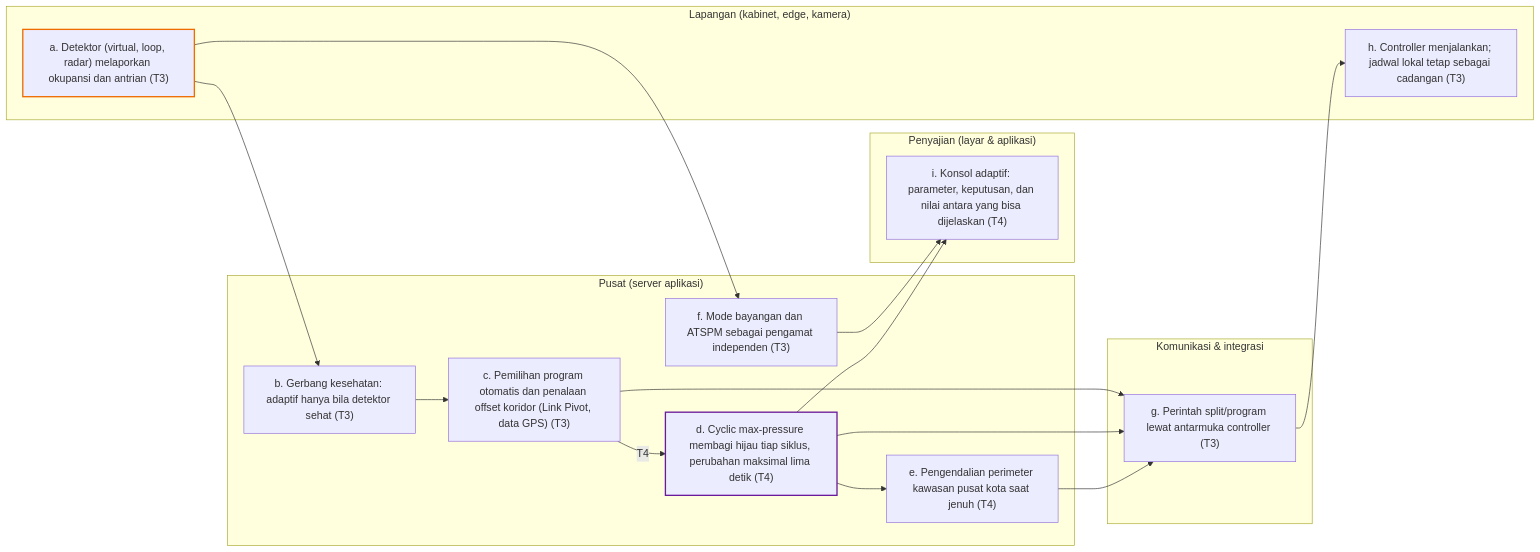
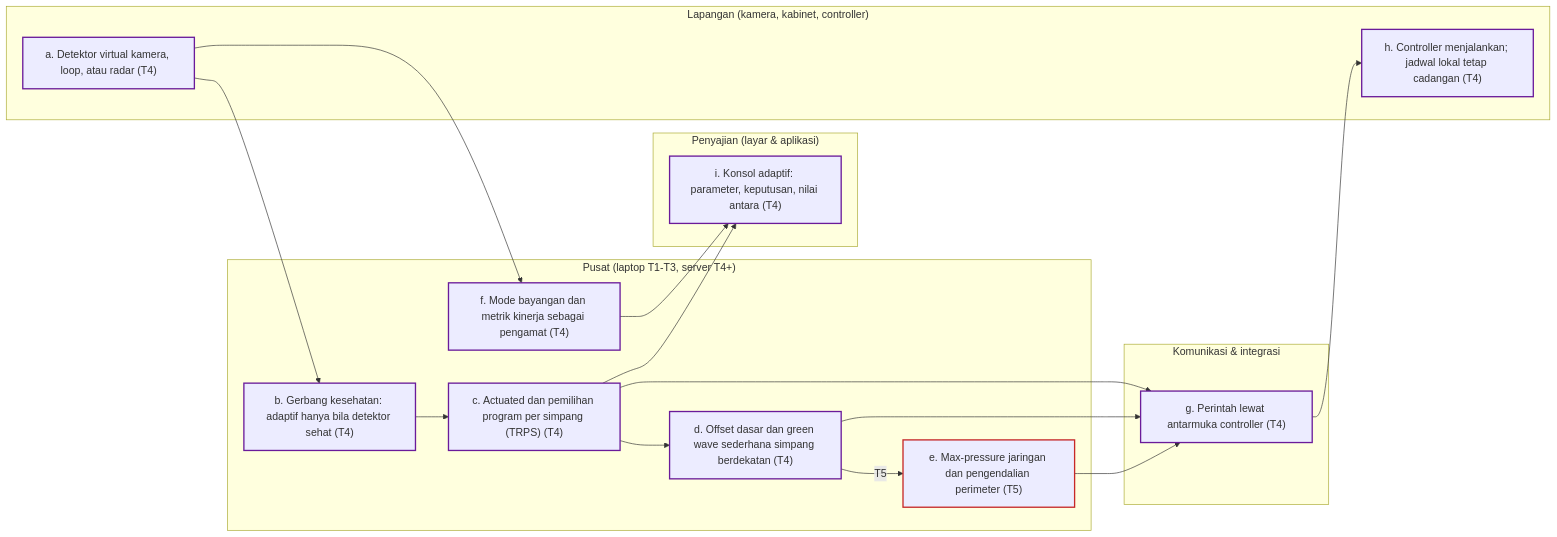
One commit to lionateofhaidar/irama-project changed the seventh of 12 diagrams in docs/planning/diagram/_bagian_diagram.md. Above: the diagram before and after it, drawn with Mermaid. The commit also changed other lines of this file and 75 other files, not shown here.

First line of the commit message:
Revisi fokus T2 Vision Tracker dan Optimasi Simpang; dokumen 14 sampai 16; diagram dirutekan ulang

````diff
--- a/docs/planning/diagram/_bagian_diagram.md
+++ b/docs/planning/diagram/_bagian_diagram.md
@@ -353,33 +383,35 @@
 ```mermaid
 flowchart LR
   subgraph U["Penyajian (layar & aplikasi)"]
-    F07i["i. Konsol adaptif: parameter, keputusan, dan nilai antara yang bisa dijelaskan (T4)"]
+    F07i["i. Konsol adaptif: parameter, keputusan, nilai antara (T4)"]
   end
-  subgraph S["Pusat (server aplikasi)"]
-    F07b["b. Gerbang kesehatan: adaptif hanya bila detektor sehat (T3)"]
-    F07c["c. Pemilihan program otomatis dan penalaan offset koridor (Link Pivot, data GPS) (T3)"]
-    F07d["d. Cyclic max-pressure membagi hijau tiap siklus, perubahan maksimal lima detik (T4)"]
-    F07e["e. Pengendalian perimeter kawasan pusat kota saat jenuh (T4)"]
-    F07f["f. Mode bayangan dan ATSPM sebagai pengamat independen (T3)"]
+  subgraph S["Pusat (laptop T1-T3, server T4+)"]
+    F07b["b. Gerbang kesehatan: adaptif hanya bila detektor sehat (T4)"]
+    F07c["c. Actuated dan pemilihan program per simpang (TRPS) (T4)"]
+    F07d["d. Offset dasar dan green wave sederhana simpang berdekatan (T4)"]
+    F07e["e. Max-pressure jaringan dan pengendalian perimeter (T5)"]
+    F07f["f. Mode bayangan dan metrik kinerja sebagai pengamat (T4)"]
   end
   subgraph K["Komunikasi & integrasi"]
-    F07g["g. Perintah split/program lewat antarmuka controller (T3)"]
+    F07g["g. Perintah lewat antarmuka controller (T4)"]
   end
-  subgraph L["Lapangan (kabinet, edge, kamera)"]
-    F07a["a. Detektor (virtual, loop, radar) melaporkan okupansi dan antrian (T3)"]
-    F07h["h. Controller menjalankan; jadwal lokal tetap sebagai cadangan (T3)"]
+  subgraph L["Lapangan (kamera, kabinet, controller)"]
+    F07a["a. Detektor virtual kamera, loop, atau radar (T4)"]
+    F07h["h. Controller menjalankan; jadwal lokal tetap cadangan (T4)"]
   end
   F07a --> F07b
   F07b --> F07c
-  F07c -->|T4| F07d
-  F07d --> F07e
+  F07c --> F07d
+  F07d -->|T5| F07e
   F07c --> F07g
   F07d --> F07g
   F07e --> F07g
   F07g --> F07h
   F07a --> F07f
   F07f --> F07i
-  F07d --> F07i
-  style F07a stroke:#EF6C00,stroke-width:2px
-  style F07d stroke:#6A1B9A,stroke-width:2px
+  F07c --> F07i
+  classDef t4 stroke:#6A1B9A,stroke-width:2px
+  class F07a,F07b,F07c,F07d,F07f,F07g,F07h,F07i t4
+  classDef t5 stroke:#C62828,stroke-width:2px
+  class F07e t5
 ```
````
